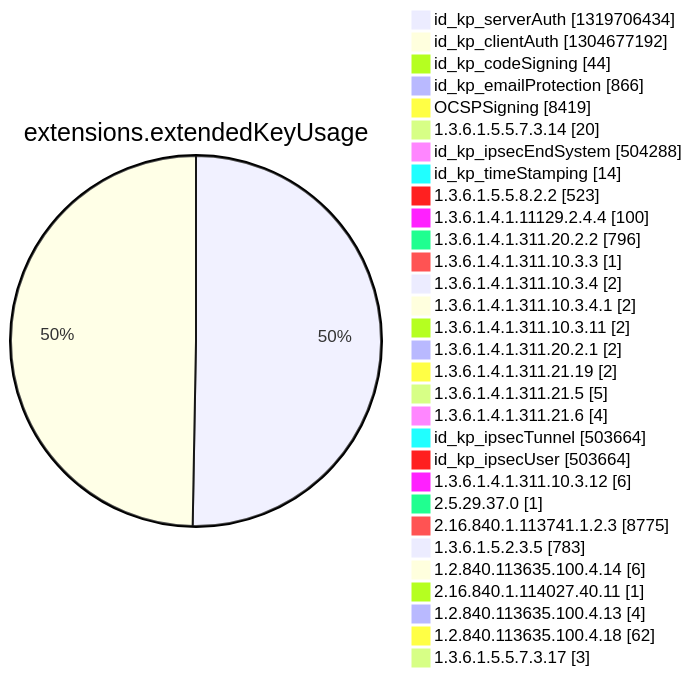
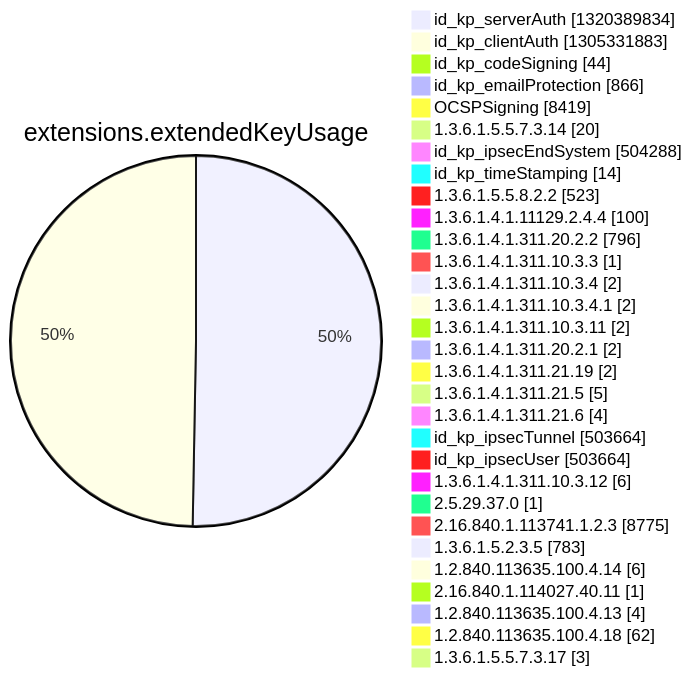
Before and after one commit to christiankrug/ctmonitor_visualization: diagram 12 of 15 in argon2022/README.md, drawn with Mermaid. The commit also changed other lines of this file, not shown here.

````diff
--- a/argon2022/README.md
+++ b/argon2022/README.md
@@ -3552,34 +3552,34 @@
 ```mermaid
 pie showData
 title extensions.extendedKeyUsage
-"id_kp_serverAuth" :1319706434
-"id_kp_clientAuth" :1304677192
+"id_kp_serverAuth" :1320389834
+"id_kp_clientAuth" :1305331883
 "id_kp_codeSigning" :44
 "id_kp_emailProtection" :866
 "OCSPSigning" :8419
 "1.3.6.1.5.5.7.3.14" :20
 "id_kp_ipsecEndSystem" :504288
 "id_kp_timeStamping" :14
 "1.3.6.1.5.5.8.2.2" :523
 "1.3.6.1.4.1.11129.2.4.4" :100
 "1.3.6.1.4.1.311.20.2.2" :796
 "1.3.6.1.4.1.311.10.3.3" :1
 "1.3.6.1.4.1.311.10.3.4" :2
 "1.3.6.1.4.1.311.10.3.4.1" :2
 "1.3.6.1.4.1.311.10.3.11" :2
 "1.3.6.1.4.1.311.20.2.1" :2
 "1.3.6.1.4.1.311.21.19" :2
 "1.3.6.1.4.1.311.21.5" :5
 "1.3.6.1.4.1.311.21.6" :4
 "id_kp_ipsecTunnel" :503664
 "id_kp_ipsecUser" :503664
 "1.3.6.1.4.1.311.10.3.12" :6
 "2.5.29.37.0" :1
 "2.16.840.1.113741.1.2.3" :8775
 "1.3.6.1.5.2.3.5" :783
 "1.2.840.113635.100.4.14" :6
 "2.16.840.1.114027.40.11" :1
 "1.2.840.113635.100.4.13" :4
 "1.2.840.113635.100.4.18" :62
 "1.3.6.1.5.5.7.3.17" :3
 ```
````
